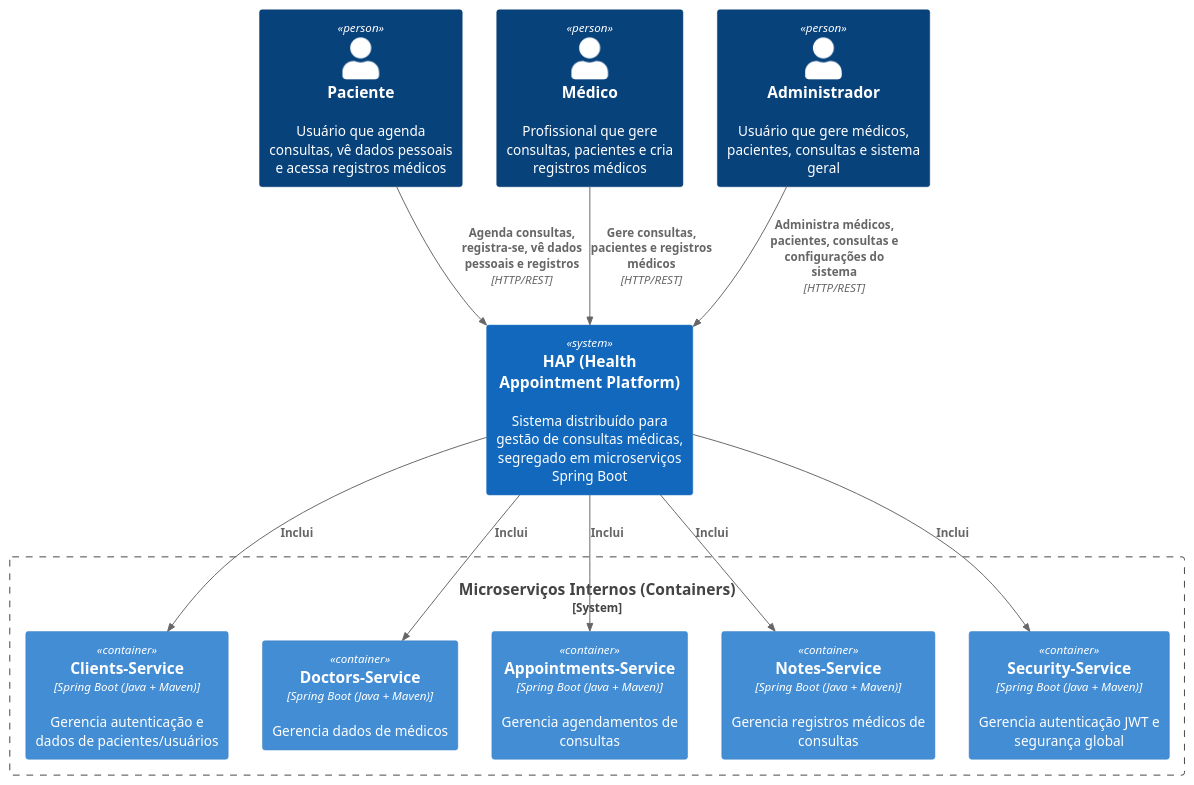
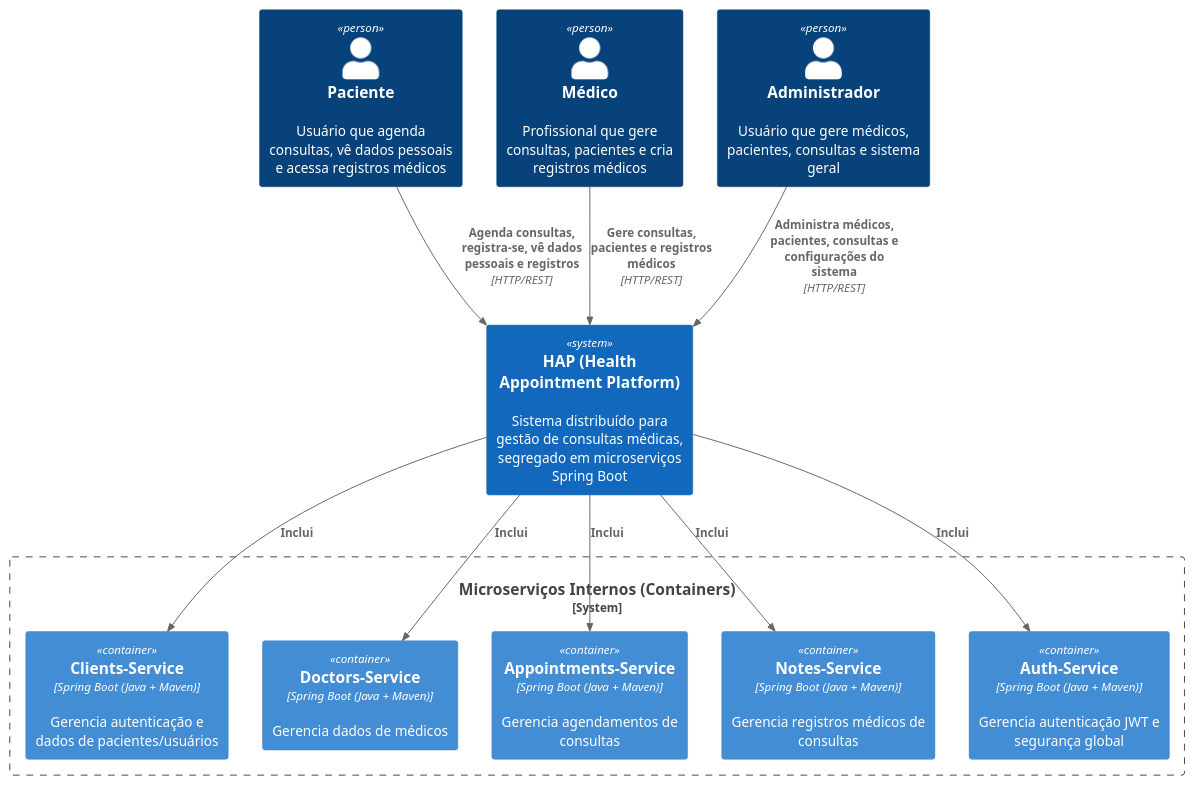
Before and after one commit to LucasSantanaAraujo/Distributed-System-Healthcare-Administration-Platform: the diagram in architecture/SystemContextDiagram.puml, drawn with PlantUML. The commit also changed 8 other files, not shown here.

Commit message:
Diagrama de classes, sequencia, container e system context

```diff
--- a/architecture/SystemContextDiagram.puml
+++ b/architecture/SystemContextDiagram.puml
@@ -1,27 +1,27 @@
 @startuml C4+1 System Context Diagram - HAP (Health Appointment Platform)
 !include https://raw.githubusercontent.com/plantuml-stdlib/C4-PlantUML/master/C4_Container.puml
 
 Person(patient, "Paciente", "Usuário que agenda consultas, vê dados pessoais e acessa registros médicos")
 Person(physician, "Médico", "Profissional que gere consultas, pacientes e cria registros médicos")
 Person(admin, "Administrador", "Usuário que gere médicos, pacientes, consultas e sistema geral")
 
 System(hap_system, "HAP (Health Appointment Platform)", "Sistema distribuído para gestão de consultas médicas, segregado em microserviços Spring Boot")
 
 Rel(patient, hap_system, "Agenda consultas, registra-se, vê dados pessoais e registros", "HTTP/REST")
 Rel(physician, hap_system, "Gere consultas, pacientes e registros médicos", "HTTP/REST")
 Rel(admin, hap_system, "Administra médicos, pacientes, consultas e configurações do sistema", "HTTP/REST")
 
 System_Boundary(hap_internal, "Microserviços Internos (Containers)") {
     Container(clients_service, "Clients-Service", "Spring Boot (Java + Maven)", "Gerencia autenticação e dados de pacientes/usuários")
     Container(doctors_service, "Doctors-Service", "Spring Boot (Java + Maven)", "Gerencia dados de médicos")
     Container(appointments_service, "Appointments-Service", "Spring Boot (Java + Maven)", "Gerencia agendamentos de consultas")
     Container(notes_service, "Notes-Service", "Spring Boot (Java + Maven)", "Gerencia registros médicos de consultas")
-    Container(security_service, "Security-Service", "Spring Boot (Java + Maven)", "Gerencia autenticação JWT e segurança global")
+    Container(auth_service, "Auth-Service", "Spring Boot (Java + Maven)", "Gerencia autenticação JWT e segurança global")
 }
 
 Rel(hap_system, clients_service, "Inclui", "")
 Rel(hap_system, doctors_service, "Inclui", "")
 Rel(hap_system, appointments_service, "Inclui", "")
 Rel(hap_system, notes_service, "Inclui", "")
-Rel(hap_system, security_service, "Inclui", "")
+Rel(hap_system, auth_service, "Inclui", "")
 @enduml
```
